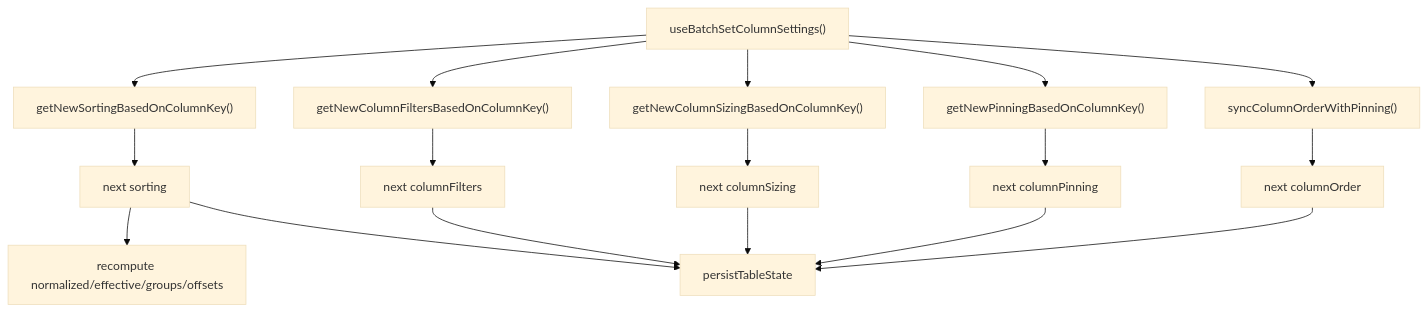
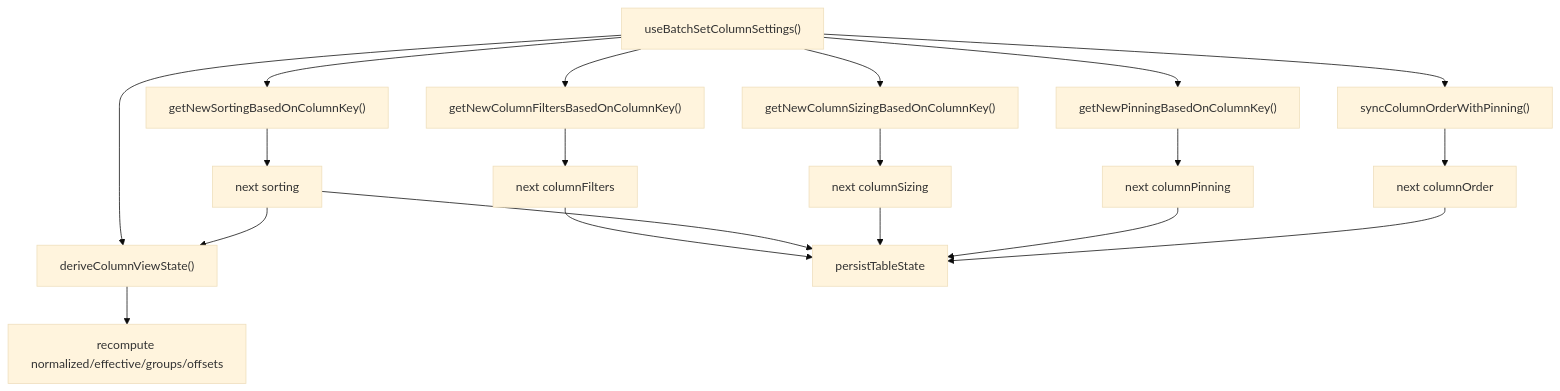
The first of 3 diagrams in apps/react-router/src/components/Table/utils/ARCHITECTURE.md (luciocabrera/lcabrera-stack), drawn with Mermaid (base theme) before and after one commit. The commit also changed other lines of this file and 9 other files, not shown here.

Commit message:
feat: implement buildDerivedColumnState and buildColumnSettingsPersistencePayload utilities; refactor related hooks for improved column management

````diff
--- a/apps/react-router/src/components/Table/utils/ARCHITECTURE.md
+++ b/apps/react-router/src/components/Table/utils/ARCHITECTURE.md
@@ -35,21 +36,23 @@
 ```mermaid
 graph TD
   Hook["useBatchSetColumnSettings()"] --> SortU["getNewSortingBasedOnColumnKey()"]
   Hook --> FilterU["getNewColumnFiltersBasedOnColumnKey()"]
   Hook --> SizeU["getNewColumnSizingBasedOnColumnKey()"]
   Hook --> PinU["getNewPinningBasedOnColumnKey()"]
   Hook --> OrderU["syncColumnOrderWithPinning()"]
+  Hook --> ViewU["deriveColumnViewState()"]
 
   SortU --> NextSort["next sorting"]
   FilterU --> NextFilters["next columnFilters"]
   SizeU --> NextSizing["next columnSizing"]
   PinU --> NextPinning["next columnPinning"]
   OrderU --> NextOrder["next columnOrder"]
 
-  NextSort --> Derived["recompute normalized/effective/groups/offsets"]
+  NextSort --> ViewU
+  ViewU --> Derived["recompute normalized/effective/groups/offsets"]
   NextFilters --> Persist["persistTableState"]
   NextSort --> Persist
   NextSizing --> Persist
   NextPinning --> Persist
   NextOrder --> Persist
 ```
````
